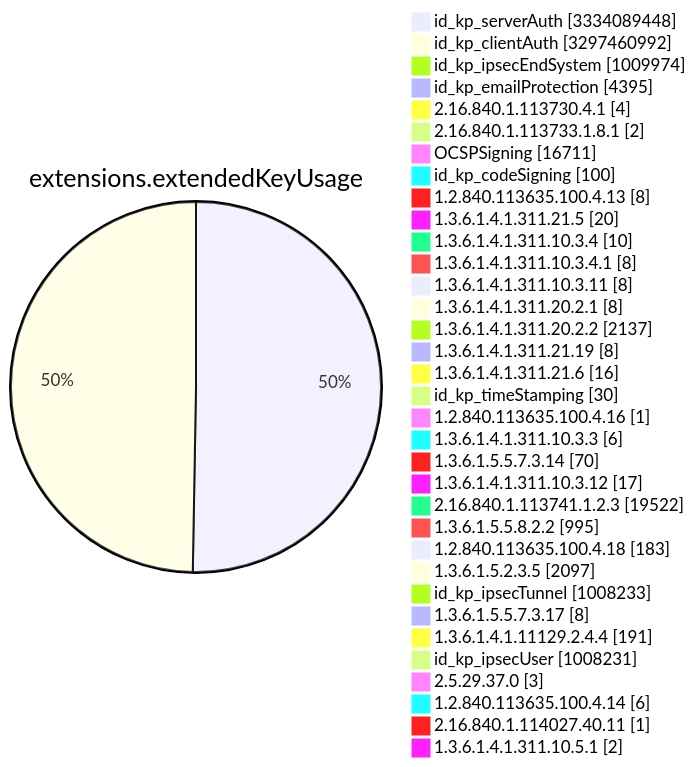
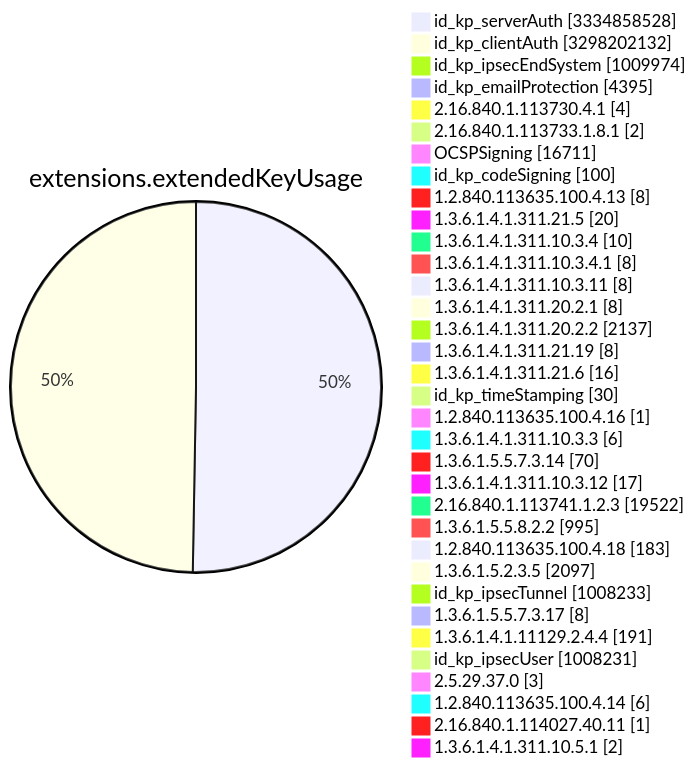
Diagram 11 of 15 in TOTAL/README.md (christiankrug/ctmonitor_visualization), drawn with Mermaid before and after one commit. The commit also changed other lines of this file, not shown here.

````diff
--- a/TOTAL/README.md
+++ b/TOTAL/README.md
@@ -4120,38 +4120,38 @@
 ```mermaid
 pie showData
 title extensions.extendedKeyUsage
-"id_kp_serverAuth" :3334089448
-"id_kp_clientAuth" :3297460992
+"id_kp_serverAuth" :3334858528
+"id_kp_clientAuth" :3298202132
 "id_kp_ipsecEndSystem" :1009974
 "id_kp_emailProtection" :4395
 "2.16.840.1.113730.4.1" :4
 "2.16.840.1.113733.1.8.1" :2
 "OCSPSigning" :16711
 "id_kp_codeSigning" :100
 "1.2.840.113635.100.4.13" :8
 "1.3.6.1.4.1.311.21.5" :20
 "1.3.6.1.4.1.311.10.3.4" :10
 "1.3.6.1.4.1.311.10.3.4.1" :8
 "1.3.6.1.4.1.311.10.3.11" :8
 "1.3.6.1.4.1.311.20.2.1" :8
 "1.3.6.1.4.1.311.20.2.2" :2137
 "1.3.6.1.4.1.311.21.19" :8
 "1.3.6.1.4.1.311.21.6" :16
 "id_kp_timeStamping" :30
 "1.2.840.113635.100.4.16" :1
 "1.3.6.1.4.1.311.10.3.3" :6
 "1.3.6.1.5.5.7.3.14" :70
 "1.3.6.1.4.1.311.10.3.12" :17
 "2.16.840.1.113741.1.2.3" :19522
 "1.3.6.1.5.5.8.2.2" :995
 "1.2.840.113635.100.4.18" :183
 "1.3.6.1.5.2.3.5" :2097
 "id_kp_ipsecTunnel" :1008233
 "1.3.6.1.5.5.7.3.17" :8
 "1.3.6.1.4.1.11129.2.4.4" :191
 "id_kp_ipsecUser" :1008231
 "2.5.29.37.0" :3
 "1.2.840.113635.100.4.14" :6
 "2.16.840.1.114027.40.11" :1
 "1.3.6.1.4.1.311.10.5.1" :2
 ```
````
